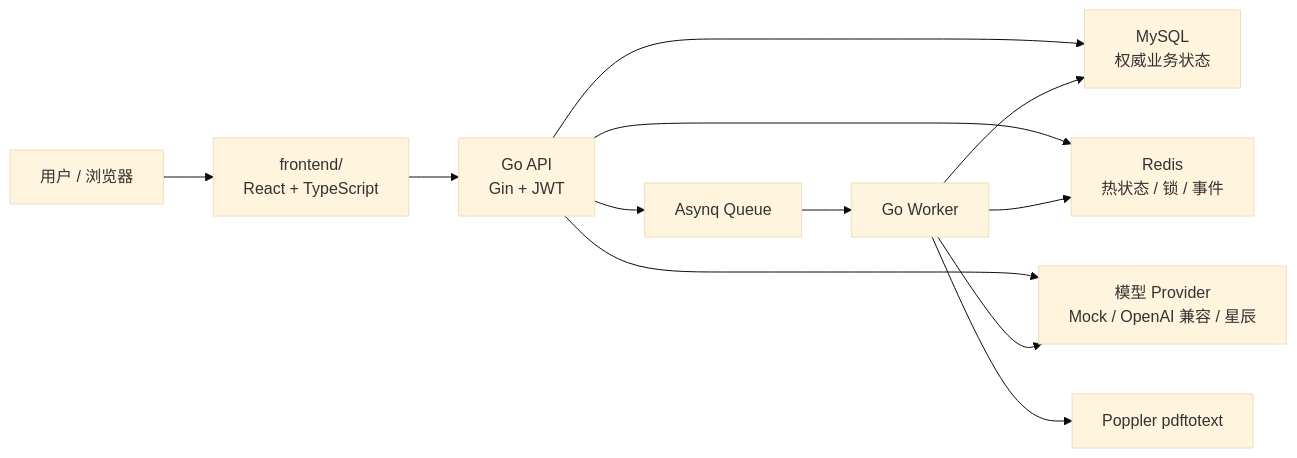
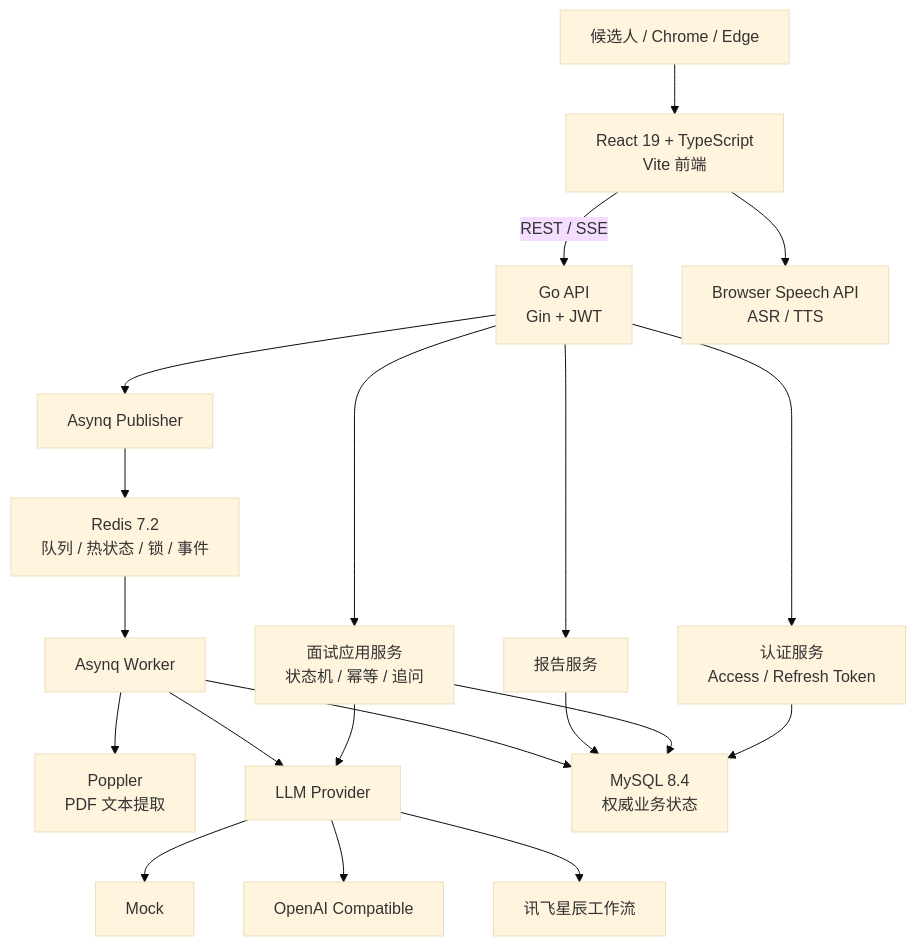
Before and after one commit to J1nyu123/AI-Meeting: the second of 2 diagrams in README.md, drawn with Mermaid (base theme). The commit also changed other lines of this file, not shown here.

````diff
--- a/README.md
+++ b/README.md
@@ -19,14 +107,27 @@
 ```mermaid
-flowchart LR
-  User["用户 / 浏览器"] --> Web["frontend/<br/>React + TypeScript"]
-  Web --> API["Go API<br/>Gin + JWT"]
-  API --> MySQL["MySQL<br/>权威业务状态"]
-  API --> Redis["Redis<br/>热状态 / 锁 / 事件"]
-  API --> LLM["模型 Provider<br/>Mock / OpenAI 兼容 / 星辰"]
-  API --> Queue["Asynq Queue"]
-  Queue --> Worker["Go Worker"]
-  Worker --> PDF["Poppler pdftotext"]
-  Worker --> LLM
+flowchart TB
+  User["候选人 / Chrome / Edge"] --> Web["React 19 + TypeScript<br/>Vite 前端"]
+
+  Web -->|"REST / SSE"| API["Go API<br/>Gin + JWT"]
+  Web --> Speech["Browser Speech API<br/>ASR / TTS"]
+
+  API --> Auth["认证服务<br/>Access / Refresh Token"]
+  API --> Interview["面试应用服务<br/>状态机 / 幂等 / 追问"]
+  API --> Report["报告服务"]
+  API --> Publisher["Asynq Publisher"]
+
+  Publisher --> Redis["Redis 7.2<br/>队列 / 热状态 / 锁 / 事件"]
+  Redis --> Worker["Asynq Worker"]
+  Worker --> PDF["Poppler<br/>PDF 文本提取"]
+
+  Interview --> Provider["LLM Provider"]
+  Worker --> Provider
+  Provider --> Mock["Mock"]
+  Provider --> OpenAI["OpenAI Compatible"]
+  Provider --> XingChen["讯飞星辰工作流"]
+
+  Auth --> MySQL["MySQL 8.4<br/>权威业务状态"]
+  Interview --> MySQL
+  Report --> MySQL
   Worker --> MySQL
-  Worker --> Redis
 ```
````
